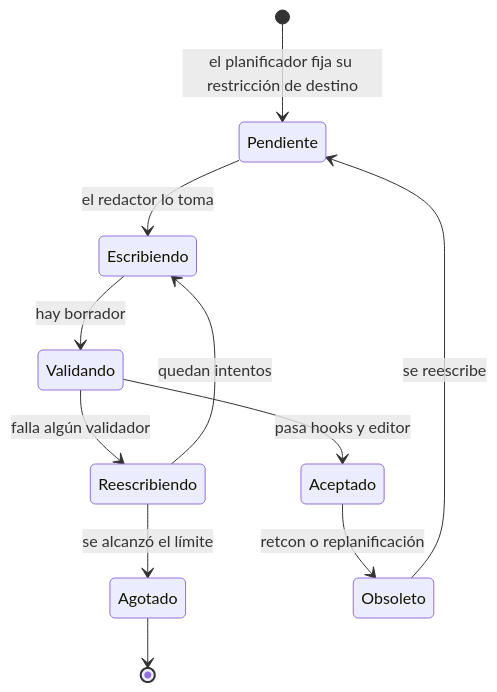
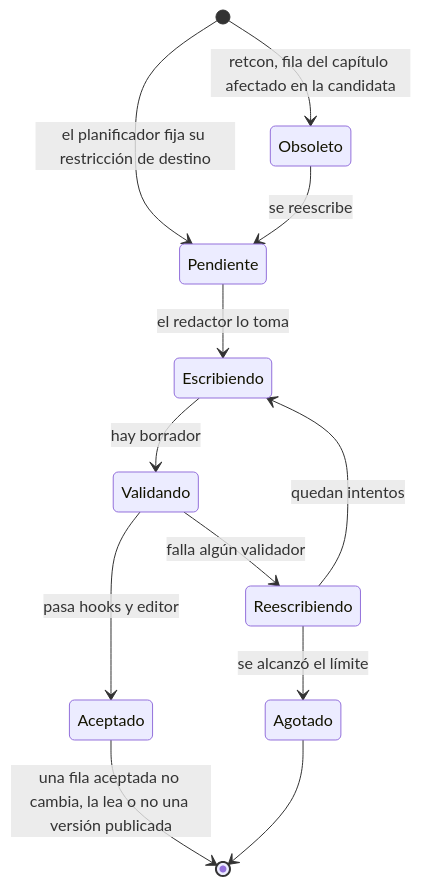
One commit to BrunoCrz3/MyStory changed diagram 18 of 23 in docs/domain-knowledge.md. Above: the diagram before and after it, drawn with Mermaid. The commit also changed other lines of this file and 22 other files, not shown here.

First line of the commit message:
Hacer que una regeneración fallida no modifique ninguna versión publicada

````diff
--- a/docs/domain-knowledge.md
+++ b/docs/domain-knowledge.md
@@ -388,13 +389,14 @@
 ```mermaid
 stateDiagram-v2
   [*] --> Pendiente: el planificador fija su restricción de destino
+  [*] --> Obsoleto: retcon, fila del capítulo afectado en la candidata
   Pendiente --> Escribiendo: el redactor lo toma
   Escribiendo --> Validando: hay borrador
   Validando --> Aceptado: pasa hooks y editor
   Validando --> Reescribiendo: falla algún validador
   Reescribiendo --> Escribiendo: quedan intentos
   Reescribiendo --> Agotado: se alcanzó el límite
-  Aceptado --> Obsoleto: retcon o replanificación
   Obsoleto --> Pendiente: se reescribe
+  Aceptado --> [*]: una fila aceptada no cambia, la lea o no una versión publicada
   Agotado --> [*]
 ```
````
